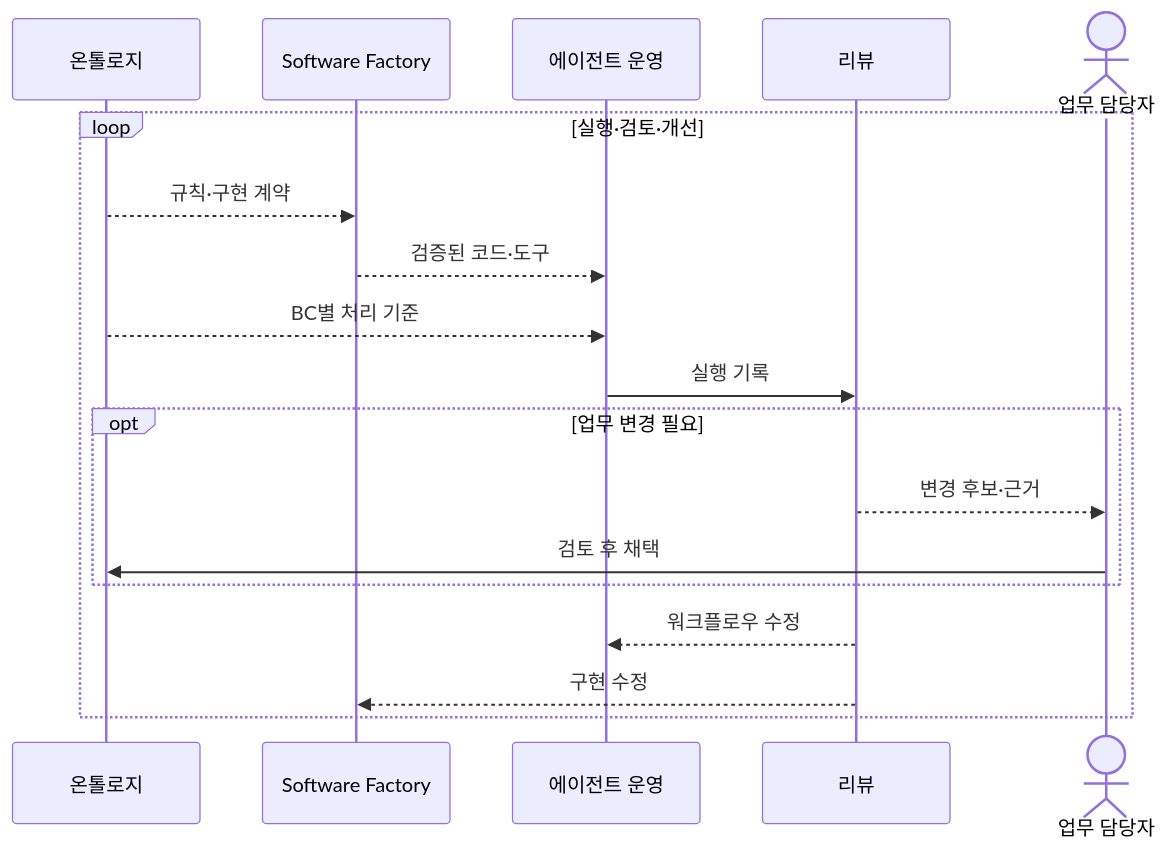
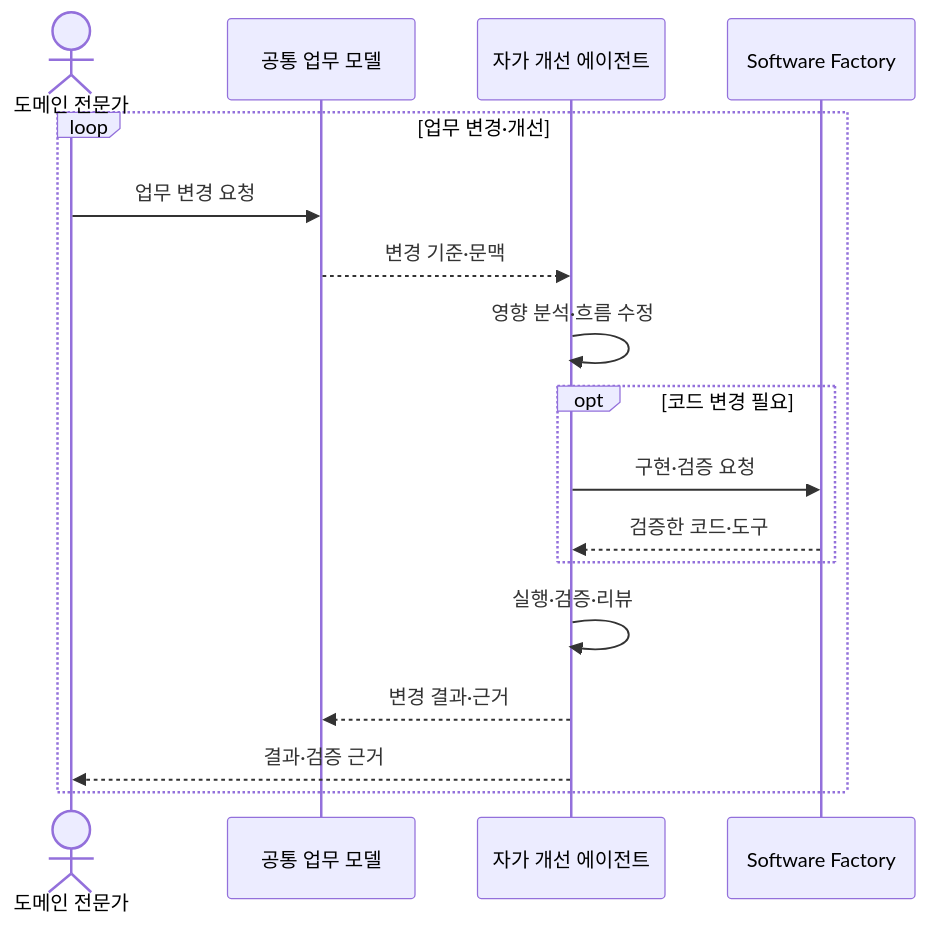
Before and after one commit to haandol/haandol.github.com: the ninth of 9 diagrams in _posts/2026-11-05-enterprise-wide-ax-essentials.md, drawn with Mermaid. The commit also changed other lines of this file and 1 other file, not shown here.

````diff
--- a/_posts/2026-11-05-enterprise-wide-ax-essentials.md
+++ b/_posts/2026-11-05-enterprise-wide-ax-essentials.md
@@ -421,20 +402,19 @@
 ```mermaid
 sequenceDiagram
-  participant K as 온톨로지
+  actor O as 도메인 전문가
+  participant K as 공통 업무 모델
+  participant A as 자가 개선 에이전트
   participant F as Software Factory
-  participant W as 에이전트 운영
-  participant R as 리뷰
-  actor O as 업무 담당자
-  loop 실행·검토·개선
-    K-->>F: 규칙·구현 계약
-    F-->>W: 검증된 코드·도구
-    K-->>W: BC별 처리 기준
-    W->>R: 실행 기록
-    opt 업무 변경 필요
-      R-->>O: 변경 후보·근거
-      O->>K: 검토 후 채택
+  loop 업무 변경·개선
+    O->>K: 업무 변경 요청
+    K-->>A: 변경 기준·문맥
+    A->>A: 영향 분석·흐름 수정
+    opt 코드 변경 필요
+      A->>F: 구현·검증 요청
+      F-->>A: 검증한 코드·도구
     end
-    R-->>W: 워크플로우 수정
-    R-->>F: 구현 수정
+    A->>A: 실행·검증·리뷰
+    A-->>K: 변경 결과·근거
+    A-->>O: 결과·검증 근거
   end
 ```
````
